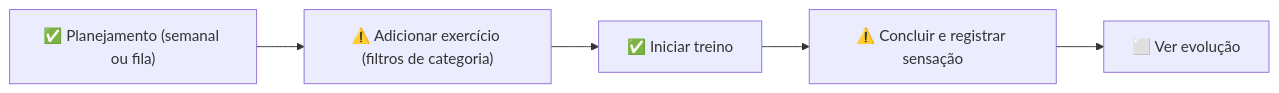
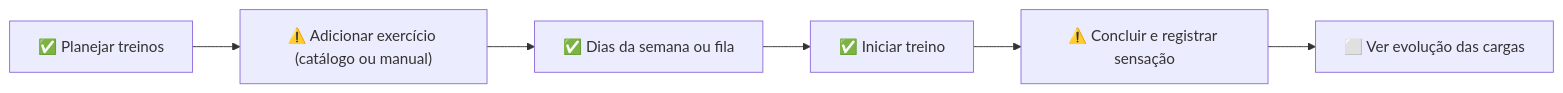
One commit to willians-e-silva/treina changed the fifth of 9 diagrams in audit/analysis.md. Above: the diagram before and after it, drawn with Mermaid. The commit also changed other lines of this file and 14 other files, not shown here.

````diff
--- a/audit/analysis.md
+++ b/audit/analysis.md
@@ -2116,12 +2203,14 @@
 ```mermaid
 flowchart LR
-  s0["✅ Planejamento (semanal ou fila)"]
-  s1["⚠️ Adicionar exercício (filtros de categoria)"]
+  s0["✅ Planejar treinos"]
+  s1["⚠️ Adicionar exercício (catálogo ou manual)"]
   s0 --> s1
-  s2["✅ Iniciar treino"]
+  s2["✅ Dias da semana ou fila"]
   s1 --> s2
-  s3["⚠️ Concluir e registrar sensação"]
+  s3["✅ Iniciar treino"]
   s2 --> s3
-  s4["⬜ Ver evolução"]
+  s4["⚠️ Concluir e registrar sensação"]
   s3 --> s4
+  s5["⬜ Ver evolução das cargas"]
+  s4 --> s5
 ```
````
